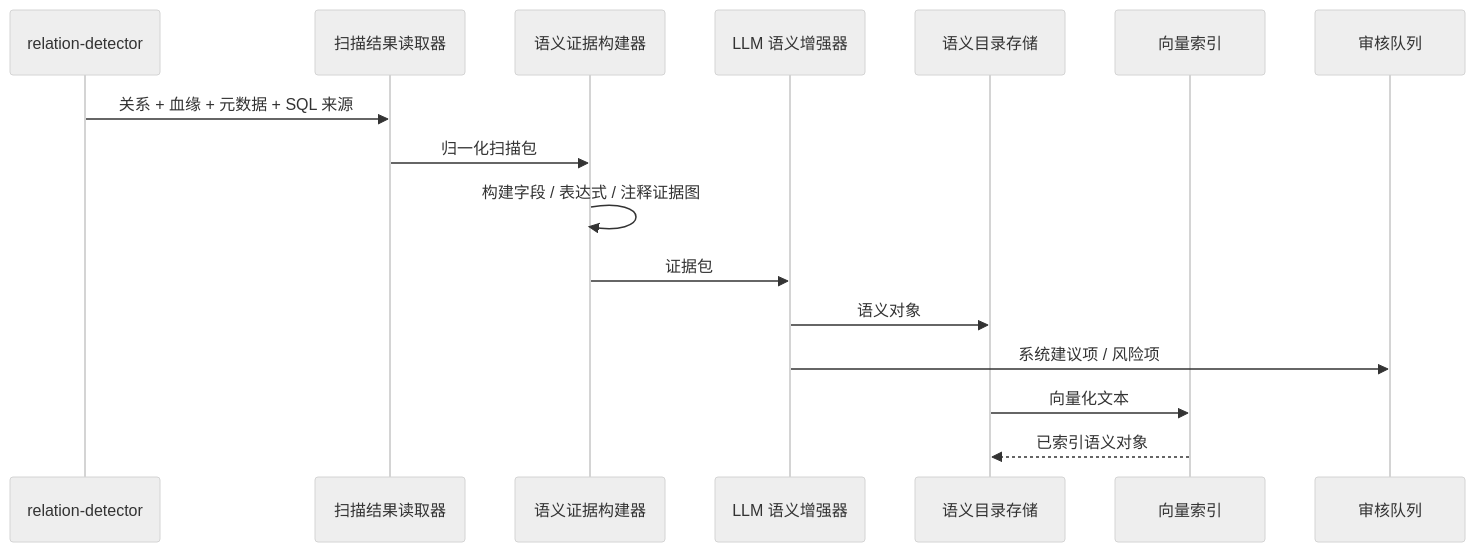
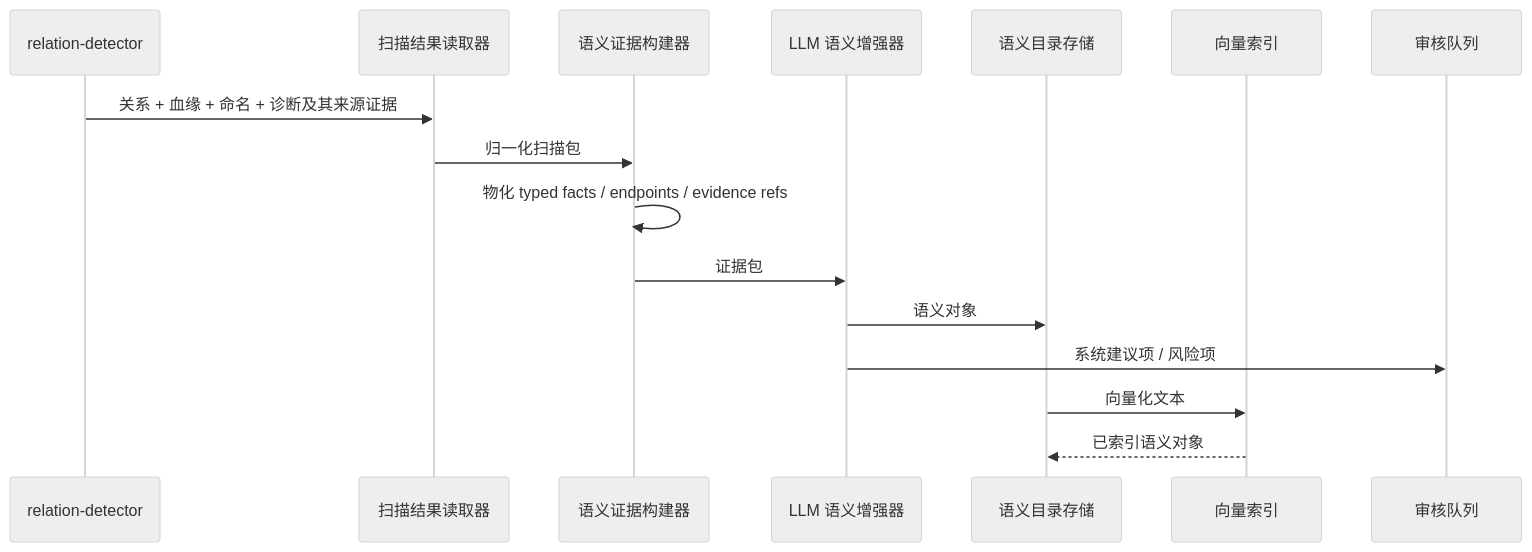
Before and after one commit to xiaoguang/relation-detector: the third of 8 diagrams in docs/design/semantic-layer-overall-design.md, drawn with Mermaid (neutral theme). The commit also changed other lines of this file and 62 other files, not shown here.

````diff
--- a/docs/design/semantic-layer-overall-design.md
+++ b/docs/design/semantic-layer-overall-design.md
@@ -178,19 +187,19 @@
 ```mermaid
 sequenceDiagram
   participant S as relation-detector
   participant R as 扫描结果读取器
   participant E as 语义证据构建器
   participant L as LLM 语义增强器
   participant C as 语义目录存储
   participant V as 向量索引
   participant Q as 审核队列
 
-  S->>R: 关系 + 血缘 + 元数据 + SQL 来源
+  S->>R: 关系 + 血缘 + 命名 + 诊断及其来源证据
   R->>E: 归一化扫描包
-  E->>E: 构建字段 / 表达式 / 注释证据图
+  E->>E: 物化 typed facts / endpoints / evidence refs
   E->>L: 证据包
   L->>C: 语义对象
   L->>Q: 系统建议项 / 风险项
   C->>V: 向量化文本
   V-->>C: 已索引语义对象
 ```
````
